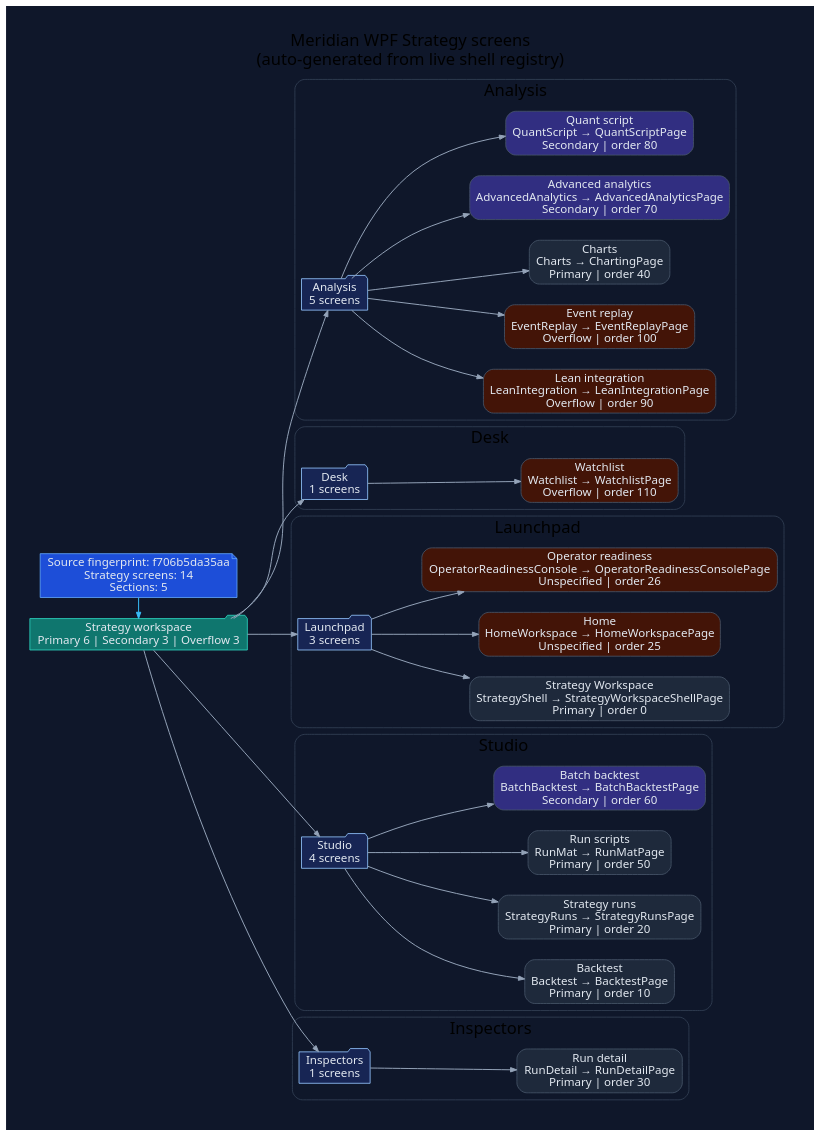
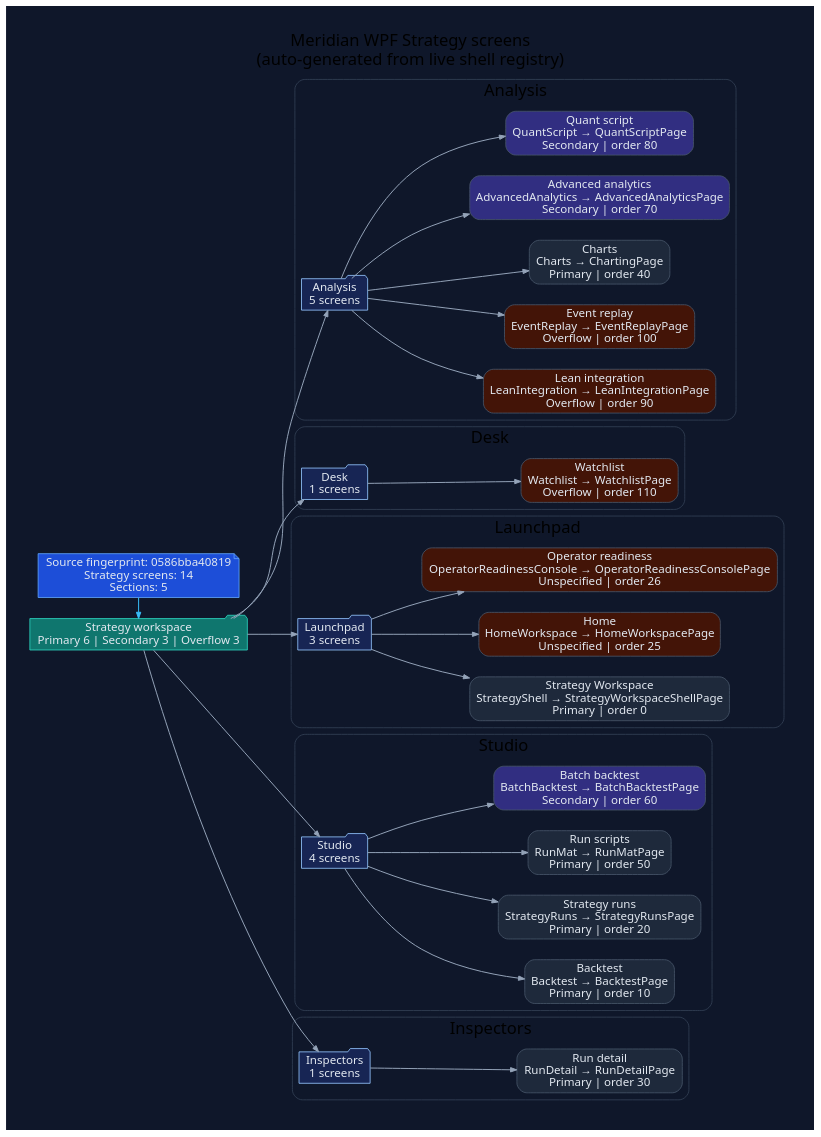
The diagram in docs/diagrams/ui-wpf-screens-strategy.dot (rodoHasArrived/Meridian-main), drawn with Graphviz before and after one commit. The commit also changed 21 other files, not shown here.

First line of the commit message:
Regenerate UI diagrams for the changed WPF source fingerprint

```diff
--- a/docs/diagrams/ui-wpf-screens-strategy.dot
+++ b/docs/diagrams/ui-wpf-screens-strategy.dot
@@ -1,94 +1,94 @@
 // -----------------------------------------------------------------------------
 // <auto-generated>
 // Generated by scripts/generate-diagrams.mjs.
 // Do not edit this file directly; update the WPF source files instead.
 // -----------------------------------------------------------------------------
 digraph WpfStrategyScreens {
   graph [
     rankdir=LR,
     labelloc=t,
     label="Meridian WPF Strategy screens\n(auto-generated from live shell registry)",
     fontname="Segoe UI",
     fontsize=20,
     pad=0.4,
     nodesep=0.35,
     ranksep=0.85,
     bgcolor="#0f172a"
   ];
   node [fontname="Segoe UI", shape=box, style="rounded,filled", color="#475569", fontcolor="#e2e8f0", fillcolor="#1e293b"];
   edge [fontname="Segoe UI", color="#94a3b8", penwidth=1.2, arrowsize=0.75];
 
-  generated [shape=note, fillcolor="#1d4ed8", color="#60a5fa", label="Source fingerprint: f706b5da35aa\nStrategy screens: 14\nSections: 5"];
+  generated [shape=note, fillcolor="#1d4ed8", color="#60a5fa", label="Source fingerprint: 0586bba40819\nStrategy screens: 14\nSections: 5"];
   workspace [shape=folder, fillcolor="#0f766e", color="#2dd4bf", label="Strategy workspace\nPrimary 6 | Secondary 3 | Overflow 3"];
   generated -> workspace [color="#38bdf8"];
 
   subgraph cluster_section_1 {
     label="Analysis";
     color="#334155";
     style="rounded";
     section_1 [shape=folder, fillcolor="#172554", color="#93c5fd", label="Analysis\n5 screens"];
     workspace -> section_1;
     screen_LeanIntegration [fillcolor="#431407", label="Lean integration\nLeanIntegration → LeanIntegrationPage\nOverflow | order 90"];
     section_1 -> screen_LeanIntegration;
     screen_EventReplay [fillcolor="#431407", label="Event replay\nEventReplay → EventReplayPage\nOverflow | order 100"];
     section_1 -> screen_EventReplay;
     screen_Charts [fillcolor="#1e293b", label="Charts\nCharts → ChartingPage\nPrimary | order 40"];
     section_1 -> screen_Charts;
     screen_AdvancedAnalytics [fillcolor="#312e81", label="Advanced analytics\nAdvancedAnalytics → AdvancedAnalyticsPage\nSecondary | order 70"];
     section_1 -> screen_AdvancedAnalytics;
     screen_QuantScript [fillcolor="#312e81", label="Quant script\nQuantScript → QuantScriptPage\nSecondary | order 80"];
     section_1 -> screen_QuantScript;
   }
 
   subgraph cluster_section_2 {
     label="Desk";
     color="#334155";
     style="rounded";
     section_2 [shape=folder, fillcolor="#172554", color="#93c5fd", label="Desk\n1 screens"];
     workspace -> section_2;
     screen_Watchlist [fillcolor="#431407", label="Watchlist\nWatchlist → WatchlistPage\nOverflow | order 110"];
     section_2 -> screen_Watchlist;
   }
 
   subgraph cluster_section_3 {
     label="Launchpad";
     color="#334155";
     style="rounded";
     section_3 [shape=folder, fillcolor="#172554", color="#93c5fd", label="Launchpad\n3 screens"];
     workspace -> section_3;
     screen_StrategyShell [fillcolor="#1e293b", label="Strategy Workspace\nStrategyShell → StrategyWorkspaceShellPage\nPrimary | order 0"];
     section_3 -> screen_StrategyShell;
     screen_HomeWorkspace [fillcolor="#431407", label="Home\nHomeWorkspace → HomeWorkspacePage\nUnspecified | order 25"];
     section_3 -> screen_HomeWorkspace;
     screen_OperatorReadinessConsole [fillcolor="#431407", label="Operator readiness\nOperatorReadinessConsole → OperatorReadinessConsolePage\nUnspecified | order 26"];
     section_3 -> screen_OperatorReadinessConsole;
   }
 
   subgraph cluster_section_4 {
     label="Studio";
     color="#334155";
     style="rounded";
     section_4 [shape=folder, fillcolor="#172554", color="#93c5fd", label="Studio\n4 screens"];
     workspace -> section_4;
     screen_Backtest [fillcolor="#1e293b", label="Backtest\nBacktest → BacktestPage\nPrimary | order 10"];
     section_4 -> screen_Backtest;
     screen_StrategyRuns [fillcolor="#1e293b", label="Strategy runs\nStrategyRuns → StrategyRunsPage\nPrimary | order 20"];
     section_4 -> screen_StrategyRuns;
     screen_RunMat [fillcolor="#1e293b", label="Run scripts\nRunMat → RunMatPage\nPrimary | order 50"];
     section_4 -> screen_RunMat;
     screen_BatchBacktest [fillcolor="#312e81", label="Batch backtest\nBatchBacktest → BatchBacktestPage\nSecondary | order 60"];
     section_4 -> screen_BatchBacktest;
   }
 
   subgraph cluster_section_5 {
     label="Inspectors";
     color="#334155";
     style="rounded";
     section_5 [shape=folder, fillcolor="#172554", color="#93c5fd", label="Inspectors\n1 screens"];
     workspace -> section_5;
     screen_RunDetail [fillcolor="#1e293b", label="Run detail\nRunDetail → RunDetailPage\nPrimary | order 30"];
     section_5 -> screen_RunDetail;
   }
 
   { rank=min; generated; workspace; }
 }
```
